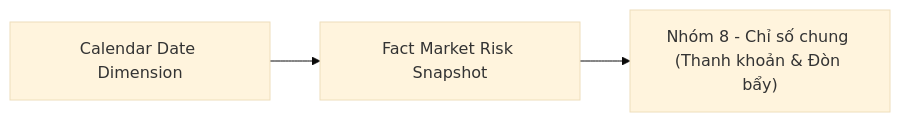
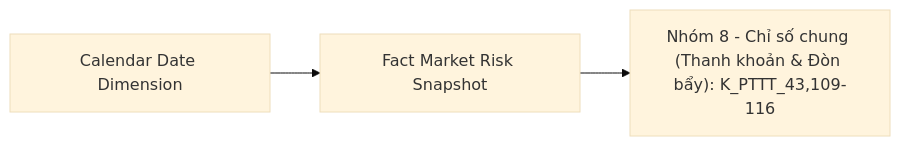
Before and after one commit to linhlvit/ubck_atomic_design: diagram 24 of 55 in Datamart/hld/DTM_PTTT_HLD.md, drawn with Mermaid (base theme). The commit also changed other lines of this file and 70 other files, not shown here.

````diff
--- a/Datamart/hld/DTM_PTTT_HLD.md
+++ b/Datamart/hld/DTM_PTTT_HLD.md
@@ -1067,8 +1076,8 @@
 ```mermaid
 flowchart LR
     fct_mkt_rsk_snpst["Fact Market Risk Snapshot"]
     cdr_dt_dim["Calendar Date Dimension"]
-    rpt_nhom8["Nhóm 8 - Chỉ số chung (Thanh khoản & Đòn bẩy)"]
+    rpt_nhom8["Nhóm 8 - Chỉ số chung (Thanh khoản & Đòn bẩy): K_PTTT_43,109-116"]
     cdr_dt_dim --> fct_mkt_rsk_snpst
     fct_mkt_rsk_snpst --> rpt_nhom8
 ```
````
